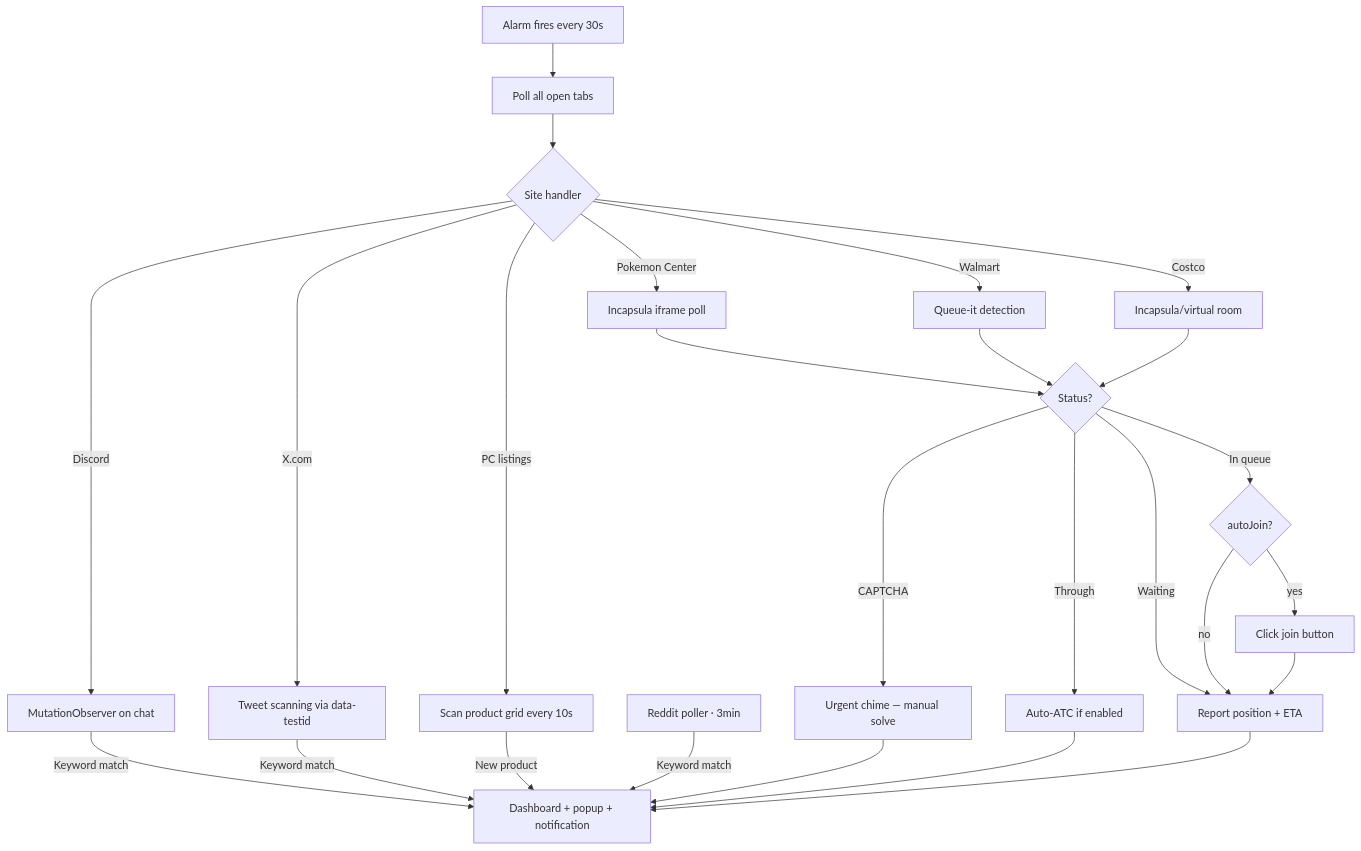
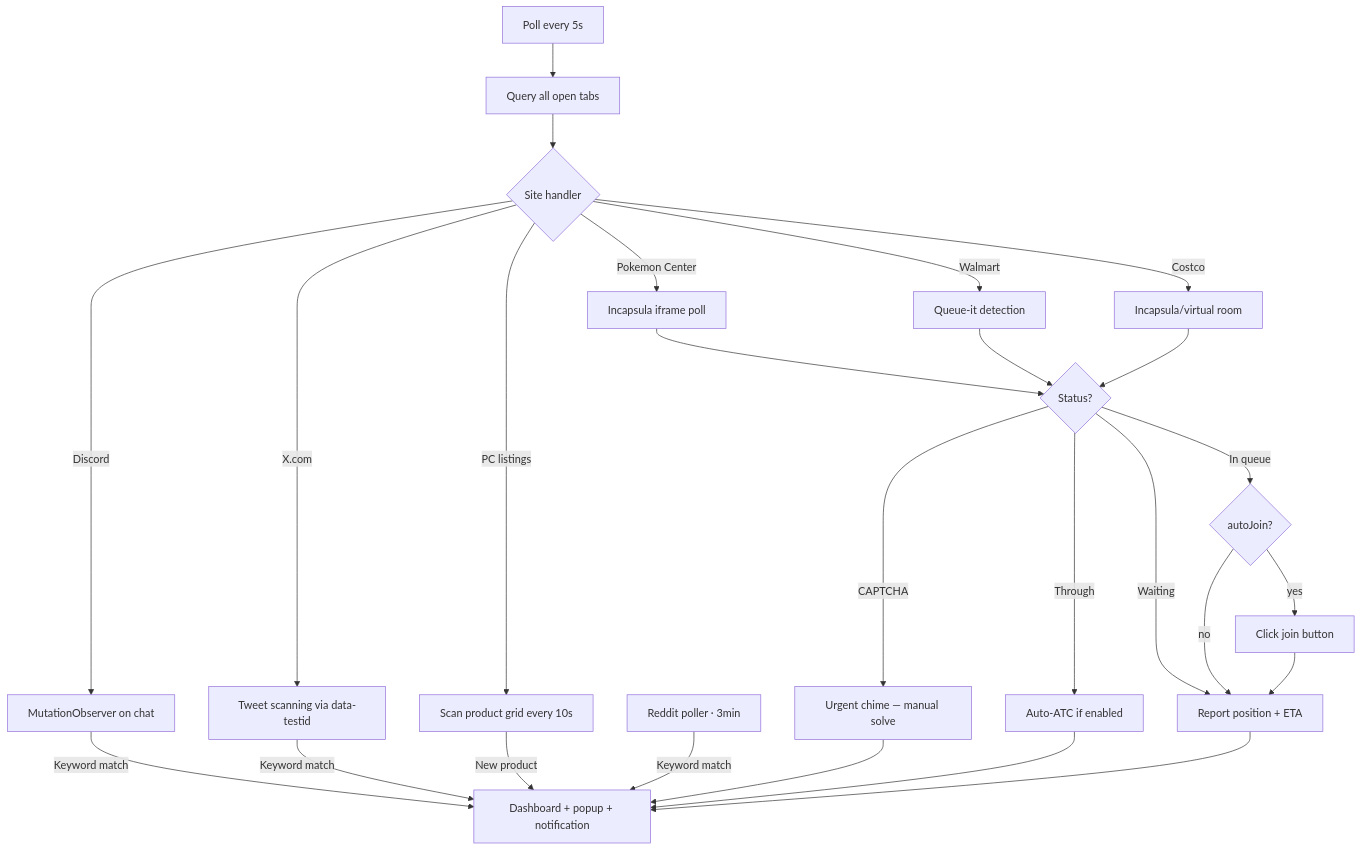
One commit to Pyronewbic/casecomp changed the second of 2 diagrams in README.md. Above: the diagram before and after it, drawn with Mermaid. The commit also changed other lines of this file, not shown here.

````diff
--- a/README.md
+++ b/README.md
@@ -290,28 +291,28 @@
 ```mermaid
 flowchart TD
-  A[Alarm fires every 30s] --> B[Poll all open tabs]
+  A[Poll every 5s] --> B[Query all open tabs]
   B --> C{Site handler}
   C -->|Pokemon Center| D[Incapsula iframe poll]
   C -->|Walmart| E[Queue-it detection]
   C -->|Costco| F[Incapsula/virtual room]
   C -->|Discord| DC[MutationObserver on chat]
   C -->|X.com| XC[Tweet scanning via data-testid]
   C -->|PC listings| PL[Scan product grid every 10s]
   D --> G{Status?}
   E --> G
   F --> G
   G -->|CAPTCHA| H[Urgent chime — manual solve]
   G -->|Through| I[Auto-ATC if enabled]
   G -->|In queue| J{autoJoin?}
   G -->|Waiting| K[Report position + ETA]
   J -->|yes| L[Click join button]
   J -->|no| K
   L --> K
   DC -->|Keyword match| N
   XC -->|Keyword match| N
   PL -->|New product| N
   R[Reddit poller · 3min] -->|Keyword match| N
   H --> N[Dashboard + popup + notification]
   I --> N
   K --> N
 ```
````
